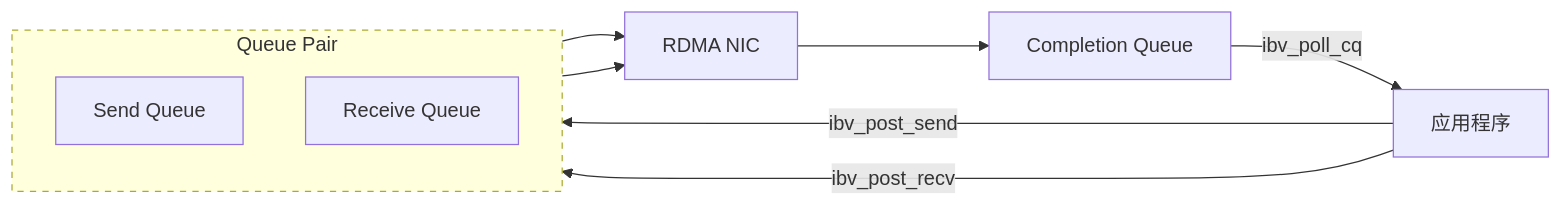
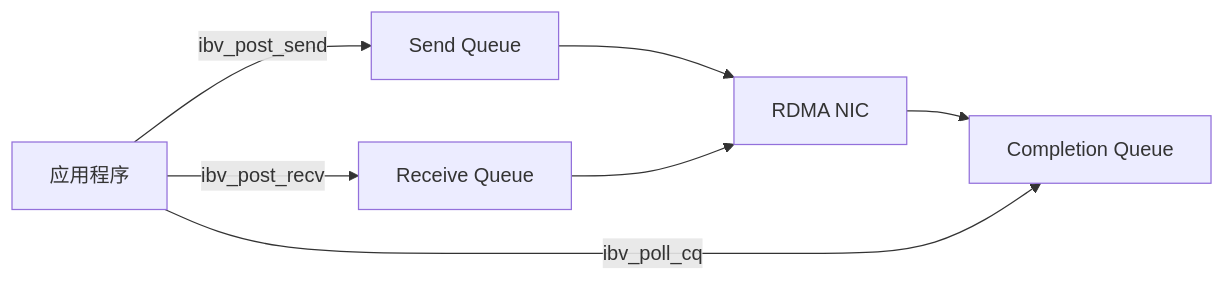
One commit to alogfans/RDMA101 changed the second of 3 diagrams in docs/01-introduction.md. Above: the diagram before and after it, drawn with Mermaid. The commit also changed other lines of this file and 4 other files, not shown here.

````diff
--- a/docs/01-introduction.md
+++ b/docs/01-introduction.md
@@ -121,19 +121,12 @@
 ```mermaid
 flowchart LR
     A["应用程序"] -->|"ibv_post_send"| SQ
     A -->|"ibv_post_recv"| RQ
 
-    subgraph QP["Queue Pair"]
-        direction TB
-        SQ["Send Queue"]
-        RQ["Receive Queue"]
-    end
-
+    SQ["Send Queue"]
+    RQ["Receive Queue"]
     SQ --> NIC["RDMA NIC"]
     RQ --> NIC
     NIC --> CQ["Completion Queue"]
-    CQ -->|"ibv_poll_cq"| A
-
-    classDef dashed stroke-dasharray: 5 5
-    class QP dashed
+    A -->|"ibv_poll_cq"| CQ
 ```
````
